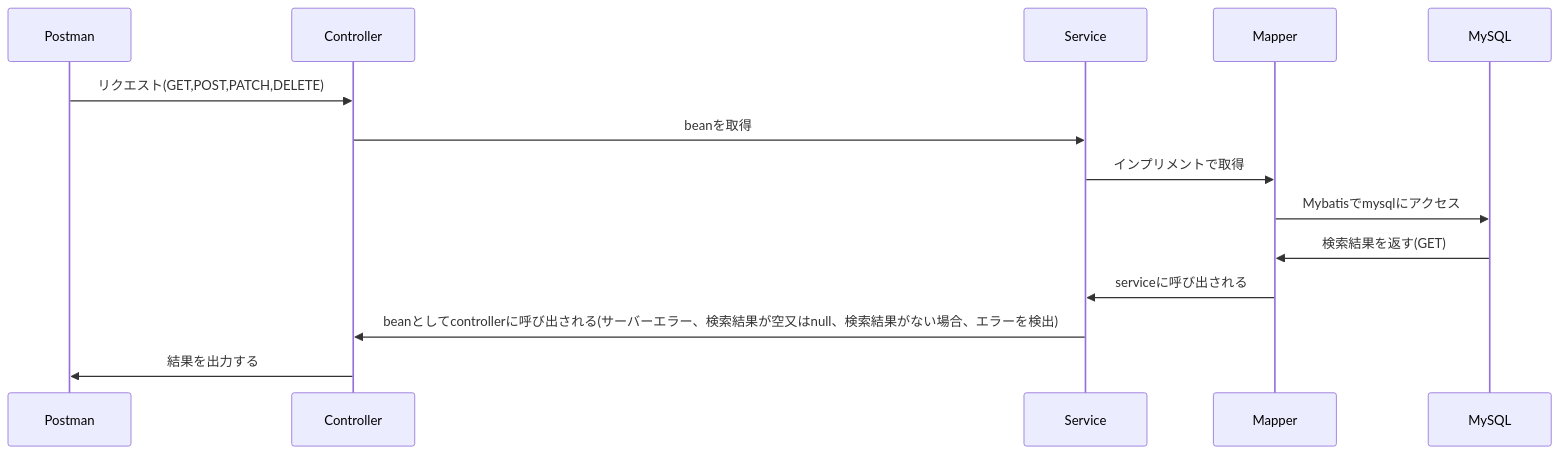
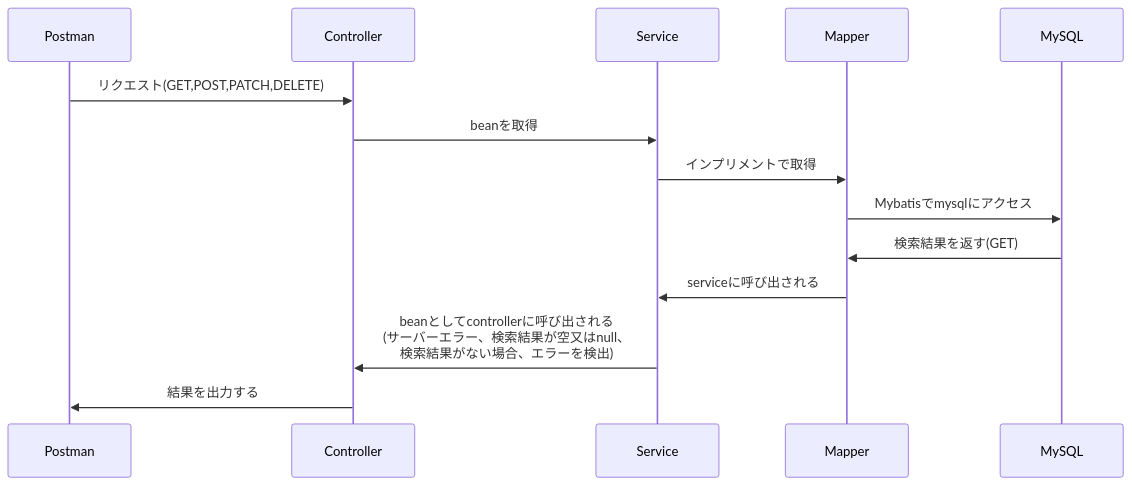
The diagram in README.md (kainuma-sn/kadai7-9), drawn with Mermaid before and after one commit.

````diff
--- a/README.md
+++ b/README.md
@@ -2,18 +2,18 @@
 ```mermaid
 sequenceDiagram
     participant postman as Postman
     participant controller as Controller
     participant service as Service
     participant mapper as Mapper
     participant mysql as MySQL
 
     postman ->> controller: リクエスト(GET,POST,PATCH,DELETE)
     controller ->> service: beanを取得
     service ->> mapper: インプリメントで取得
     mapper ->> mysql: Mybatisでmysqlにアクセス
     mysql ->> mapper: 検索結果を返す(GET)
     mapper ->> service: serviceに呼び出される
-    service ->> controller: beanとしてcontrollerに呼び出される(サーバーエラー、検索結果が空又はnull、検索結果がない場合、エラーを検出)
+    service ->> controller: beanとしてcontrollerに呼び出される<br/>(サーバーエラー、検索結果が空又はnull、<br/>検索結果がない場合、エラーを検出)
     controller ->> postman: 結果を出力する
 
 ```
````
